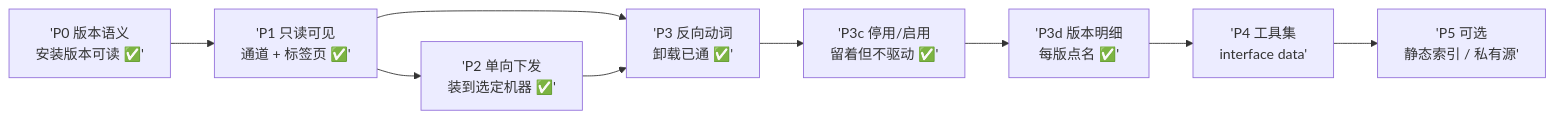
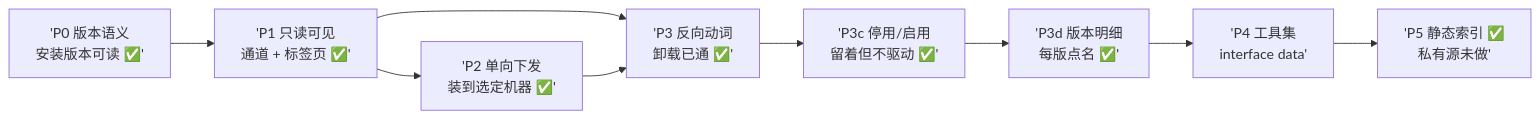
One commit to Ethereal1024/Clutch changed the diagram in PLUGIN_PLAN.md. Above: the diagram before and after it, drawn with Mermaid. The commit also changed other lines of this file and 22 other files, not shown here.

````diff
--- a/PLUGIN_PLAN.md
+++ b/PLUGIN_PLAN.md
@@ -195,11 +197,11 @@
 ```mermaid
 flowchart LR
   P0['P0 版本语义<br/>安装版本可读 ✅'] --> P1['P1 只读可见<br/>通道 + 标签页 ✅']
   P1 --> P2['P2 单向下发<br/>装到选定机器 ✅']
   P1 --> P3['P3 反向动词<br/>卸载已通 ✅']
   P2 --> P3
   P3 --> P3c['P3c 停用/启用<br/>留着但不驱动 ✅']
   P3c --> P3d['P3d 版本明细<br/>每版点名 ✅']
   P3d --> P4['P4 工具集<br/>interface data']
-  P4 --> P5['P5 可选<br/>静态索引 / 私有源']
+  P4 --> P5['P5 静态索引 ✅<br/>私有源未做']
 ```
````
